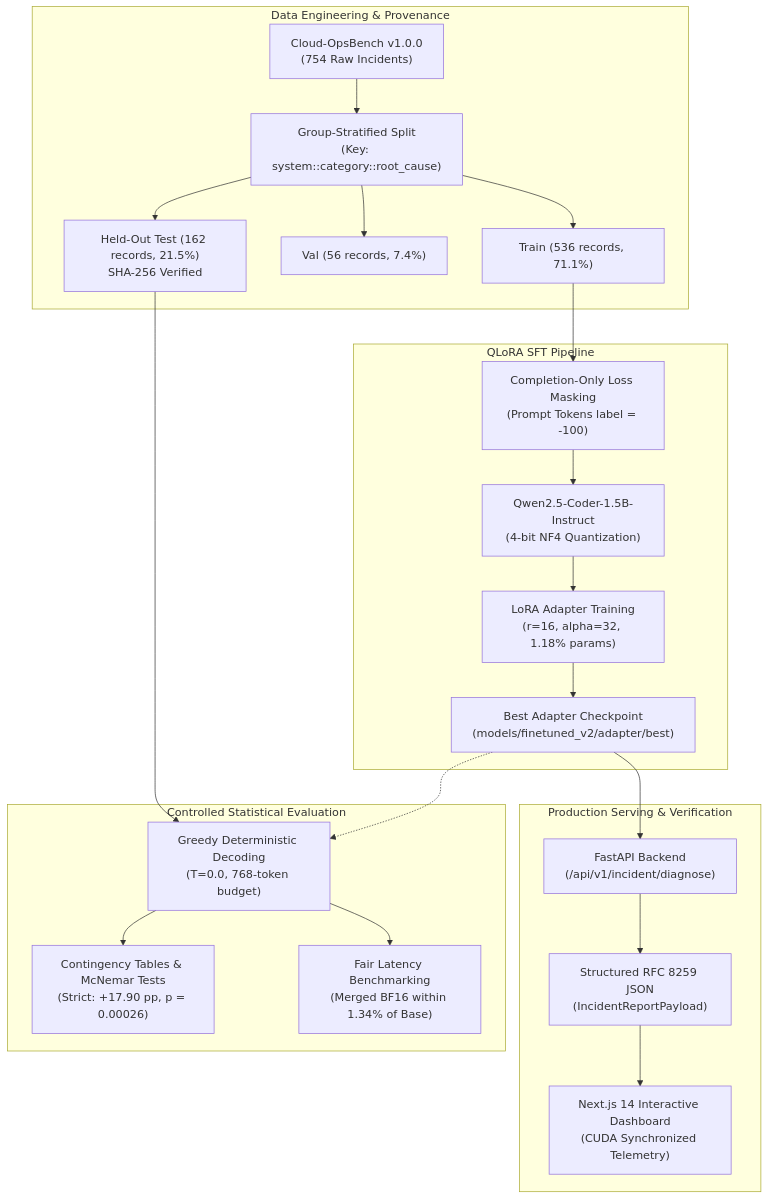
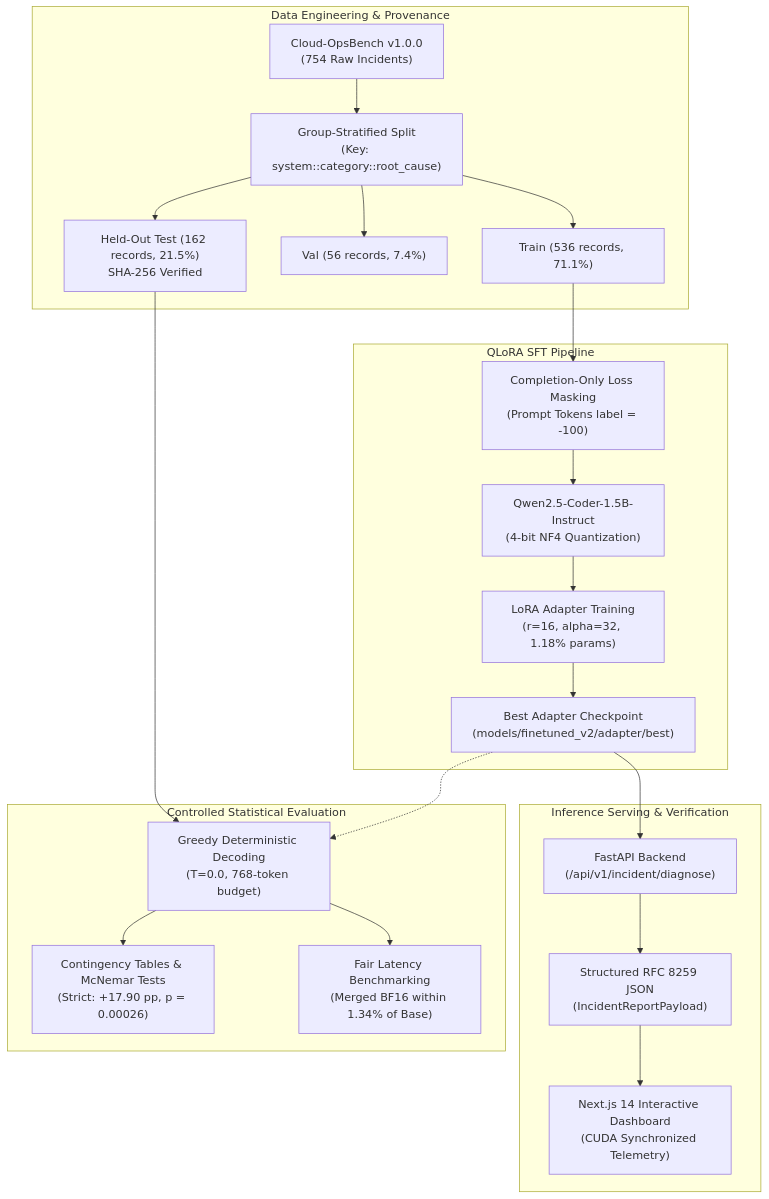
Before and after one commit to AmitAJ01/fine-tuned-model: the diagram in README.md, drawn with Mermaid. The commit also changed other lines of this file and 6 other files, not shown here.

````diff
--- a/README.md
+++ b/README.md
@@ -18,30 +18,30 @@
 ```mermaid
 flowchart TD
     subgraph DataEngine ["Data Engineering & Provenance"]
         A["Cloud-OpsBench v1.0.0\n(754 Raw Incidents)"] --> B["Group-Stratified Split\n(Key: system::category::root_cause)"]
         B --> C["Train (536 records, 71.1%)"]
         B --> D["Val (56 records, 7.4%)"]
         B --> E["Held-Out Test (162 records, 21.5%)\nSHA-256 Verified"]
     end
 
     subgraph TrainingPipeline ["QLoRA SFT Pipeline"]
         C --> F["Completion-Only Loss Masking\n(Prompt Tokens label = -100)"]
         F --> G["Qwen2.5-Coder-1.5B-Instruct\n(4-bit NF4 Quantization)"]
         G --> H["LoRA Adapter Training\n(r=16, alpha=32, 1.18% params)"]
         H --> I["Best Adapter Checkpoint\n(models/finetuned_v2/adapter/best)"]
     end
 
-    subgraph InferenceServing ["Production Serving & Verification"]
+    subgraph InferenceServing ["Inference Serving & Verification"]
         I --> J["FastAPI Backend\n(/api/v1/incident/diagnose)"]
+        K --> L["Next.js 14 Interactive Dashboard\n(CUDA Synchronized Telemetry)"]
         J --> K["Structured RFC 8259 JSON\n(IncidentReportPayload)"]
-        K --> L["Next.js 14 Interactive Dashboard\n(CUDA Synchronized Telemetry)"]
     end
 
     subgraph EvaluationAudit ["Controlled Statistical Evaluation"]
         E --> M["Greedy Deterministic Decoding\n(T=0.0, 768-token budget)"]
         M --> N["Contingency Tables & McNemar Tests\n(Strict: +17.90 pp, p = 0.00026)"]
         M --> O["Fair Latency Benchmarking\n(Merged BF16 within 1.34% of Base)"]
     end
 
     I -.-> M
 ```
````
